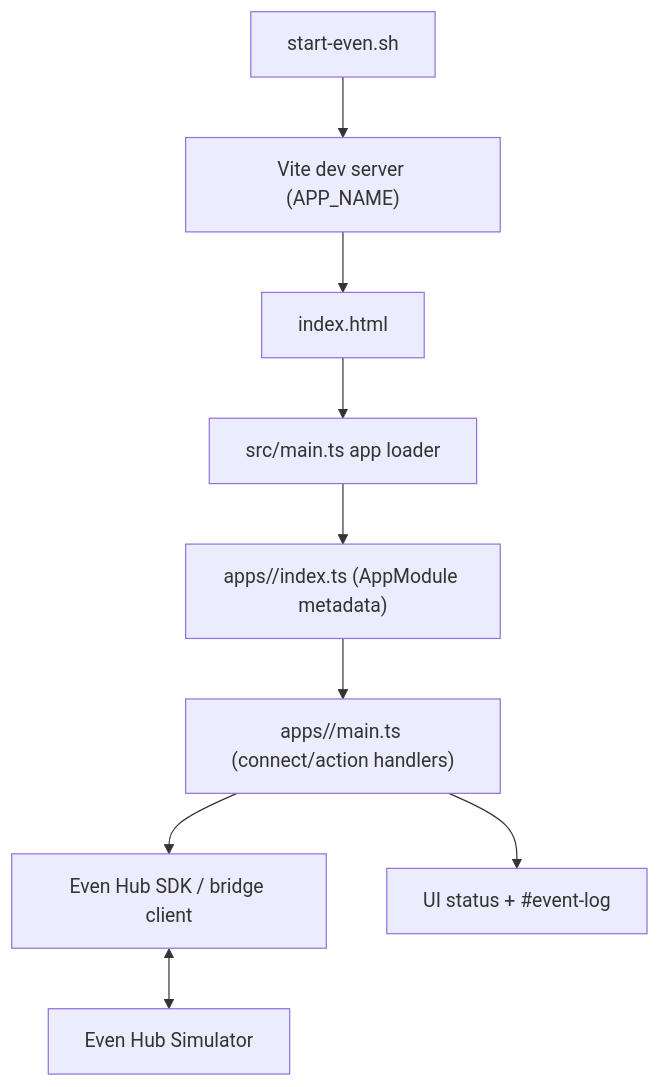
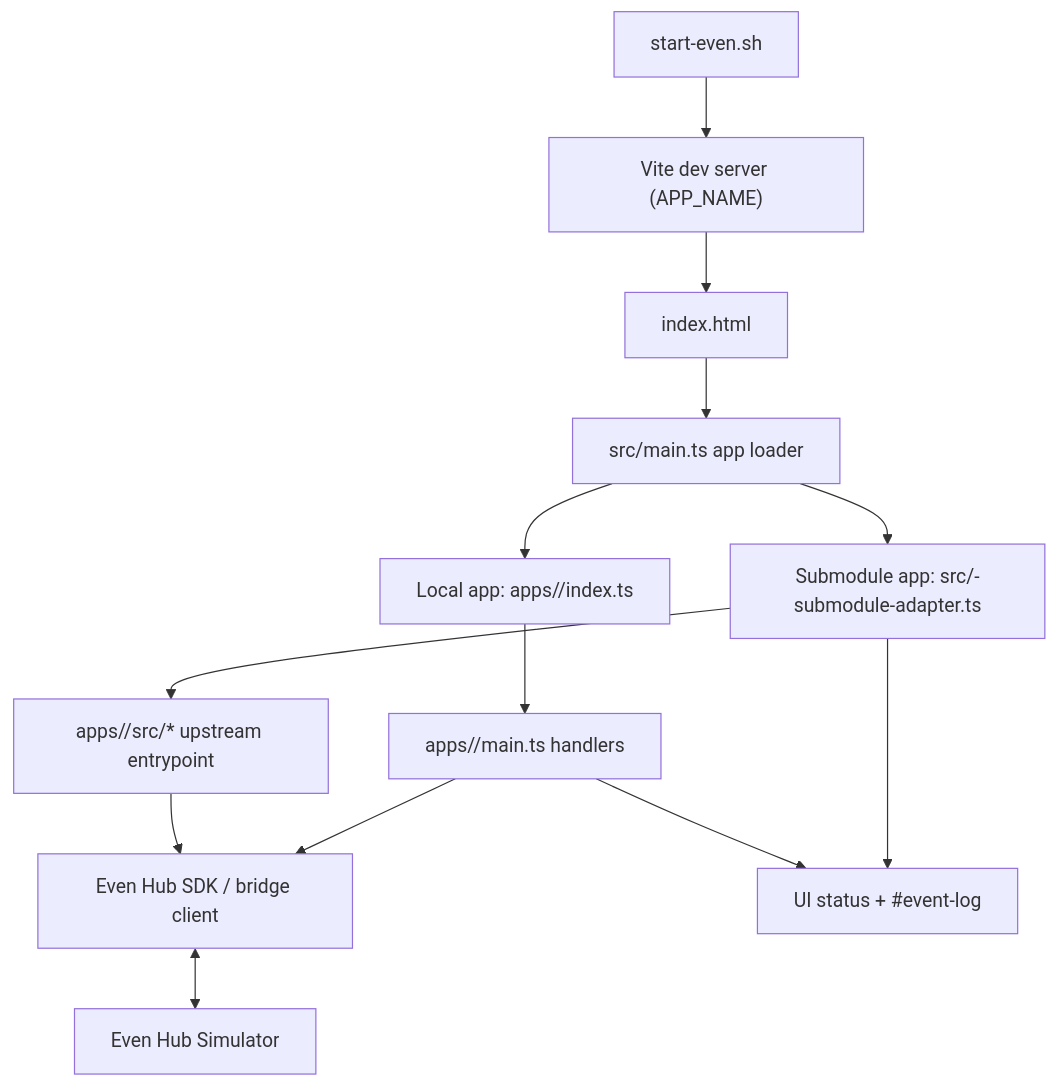
The diagram in README.md (bryan-datastorm/even-dev), drawn with Mermaid before and after one commit. The commit also changed other lines of this file and 53 other files, not shown here.

````diff
--- a/README.md
+++ b/README.md
@@ -187,11 +219,15 @@
 ```mermaid
 flowchart TD
   A["start-even.sh"] --> B["Vite dev server (APP_NAME)"]
   B --> C["index.html"]
   C --> D["src/main.ts app loader"]
-  D --> E["apps/<app>/index.ts (AppModule metadata)"]
-  E --> F["apps/<app>/main.ts (connect/action handlers)"]
-  F --> G["Even Hub SDK / bridge client"]
-  G <--> H["Even Hub Simulator"]
-  F --> I["UI status + #event-log"]
+  D --> E["Local app: apps/<app>/index.ts"]
+  D --> F["Submodule app: src/<app>-submodule-adapter.ts"]
+  F --> G["apps/<app>/src/* upstream entrypoint"]
+  E --> H["apps/<app>/main.ts handlers"]
+  G --> I["Even Hub SDK / bridge client"]
+  H --> I["Even Hub SDK / bridge client"]
+  I <--> J["Even Hub Simulator"]
+  H --> K["UI status + #event-log"]
+  F --> K["UI status + #event-log"]
 ```
````
